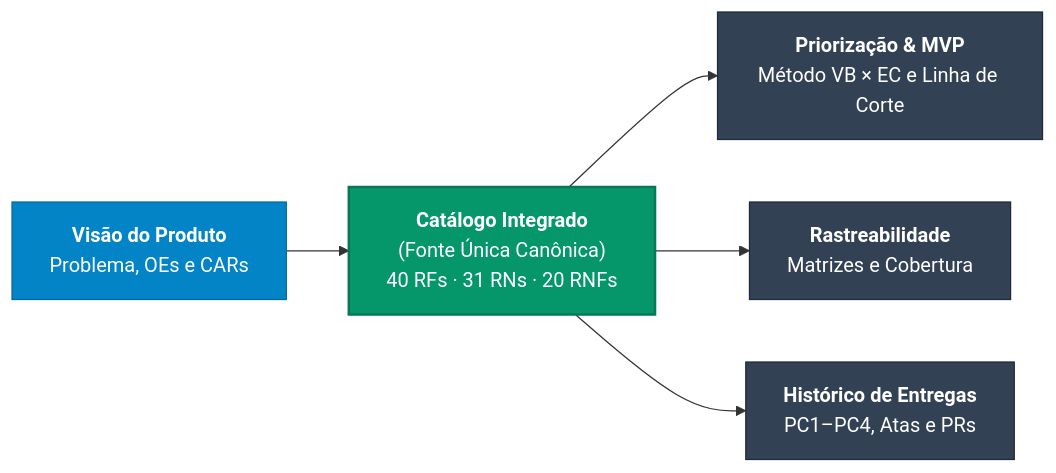
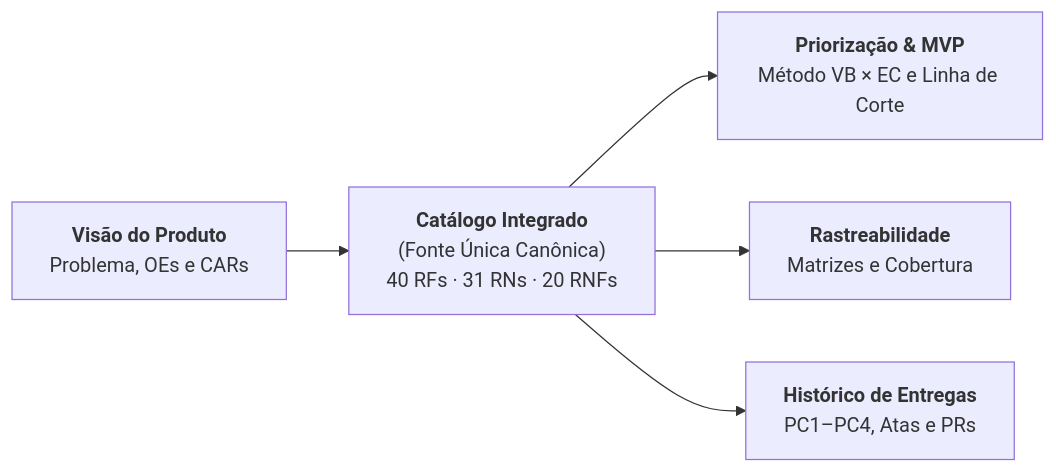
The first of 2 diagrams in docs/metodologia/organizacao-atualizacao.md (mdsreq-fga-unb/REQ-2026.2-T01-DUOC-Finance), drawn with Mermaid before and after one commit. The commit also changed other lines of this file and 7 other files, not shown here.

Commit message:
fix(docs): restaurar tabelas de esforco, remover responsavel/pos-mvp/gantt, ajustar video PC3 para 16/11 e adaptar mermaid claro/escuro

````diff
--- a/docs/metodologia/organizacao-atualizacao.md
+++ b/docs/metodologia/organizacao-atualizacao.md
@@ -13,14 +13,7 @@
 ```mermaid
 flowchart LR
     VP["<b>Visão do Produto</b><br>Problema, OEs e CARs"] --> CAT["<b>Catálogo Integrado</b><br>(Fonte Única Canônica)<br>40 RFs · 31 RNs · 20 RNFs"]
     CAT --> PRIO["<b>Priorização & MVP</b><br>Método VB × EC e Linha de Corte"]
     CAT --> RAST["<b>Rastreabilidade</b><br>Matrizes e Cobertura"]
     CAT --> HIST["<b>Histórico de Entregas</b><br>PC1–PC4, Atas e PRs"]
-
-    classDef src fill:#0284c7,stroke:#0369a1,color:#fff;
-    classDef cat fill:#059669,stroke:#047857,color:#fff,stroke-width:2px;
-    classDef view fill:#334155,stroke:#1e293b,color:#fff;
-    class VP src;
-    class CAT cat;
-    class PRIO,RAST,HIST view;
 ```
````
